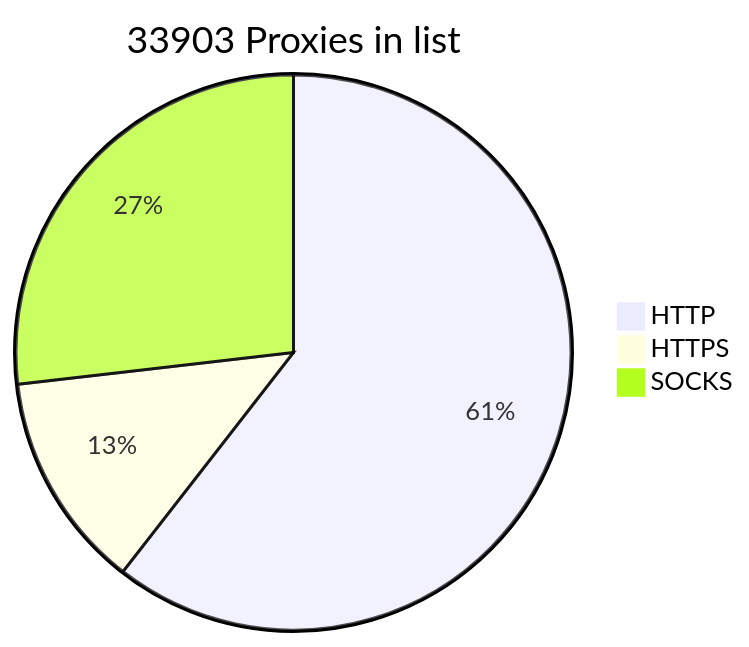
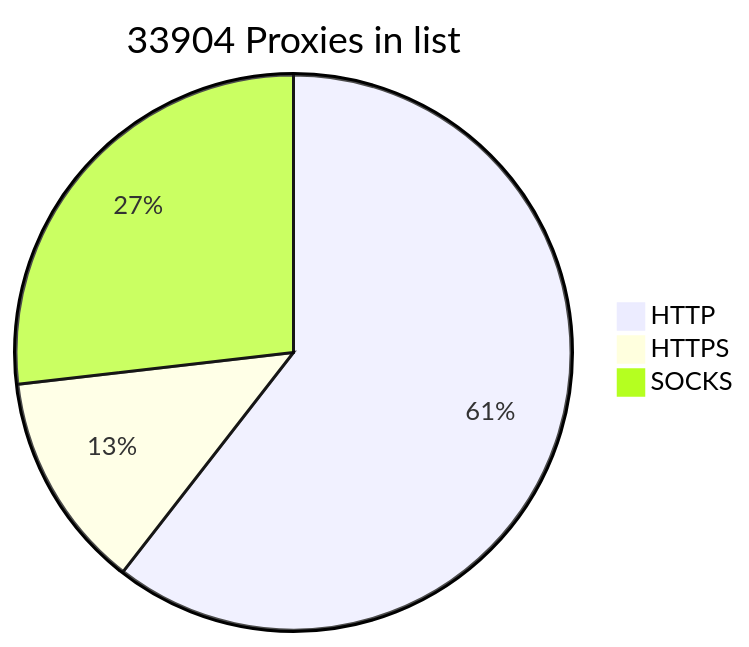
The diagram in README.md (BlackSnowDot/proxylist-update-every-minute), drawn with Mermaid before and after one commit.

````diff
--- a/README.md
+++ b/README.md
@@ -2,6 +2,6 @@
 ```mermaid
-pie title 33903 Proxies in list
+pie title 33904 Proxies in list
     "HTTP" : 22726
-    "HTTPS": 4749
+    "HTTPS": 4752
     "SOCKS" : 10073
 ```
````
